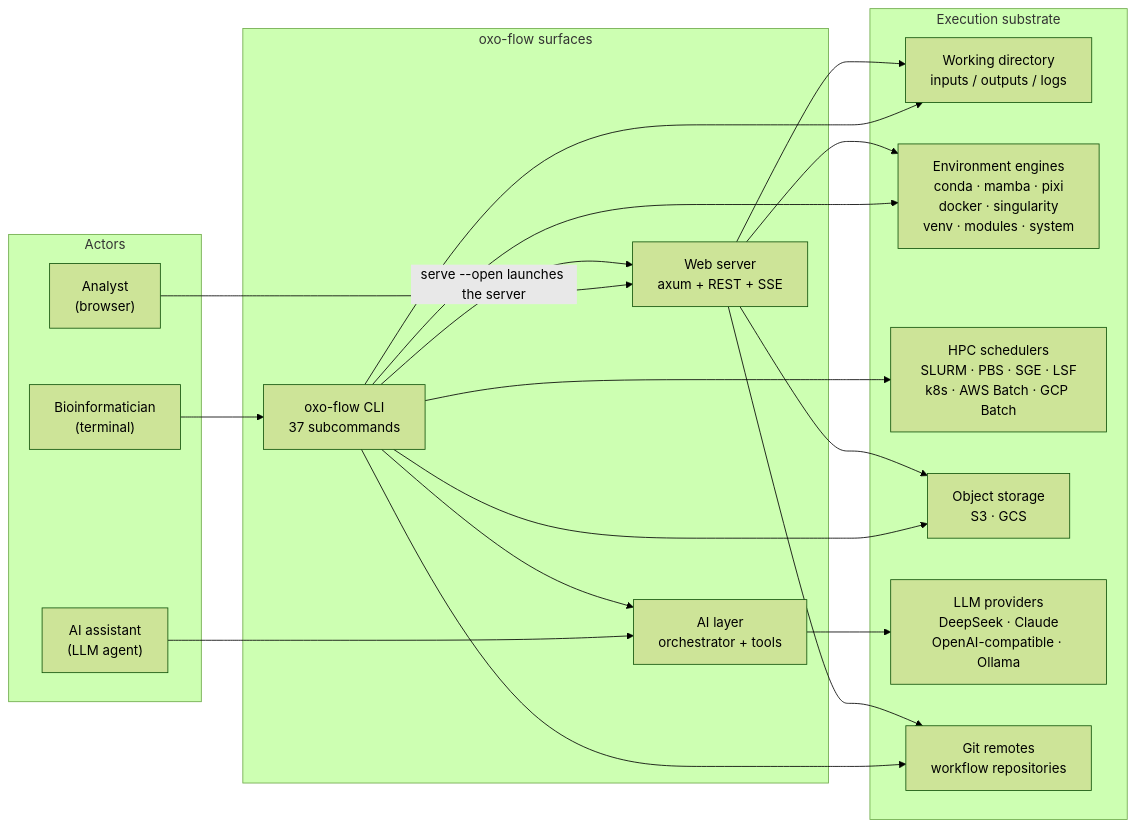
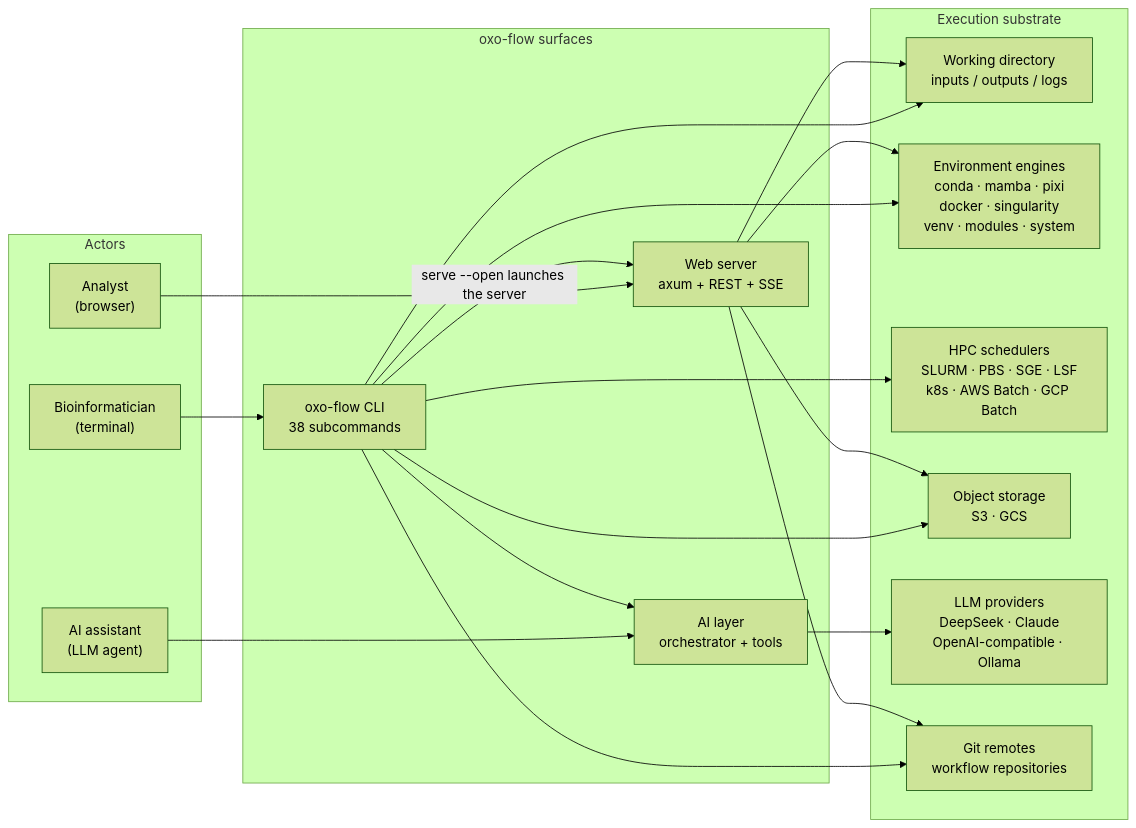
Before and after one commit to Traitome/oxo-flow: the first of 12 diagrams in docs/guide/src/reference/architecture.md, drawn with Mermaid (forest theme). The commit also changed other lines of this file and 16 other files, not shown here.

````diff
--- a/docs/guide/src/reference/architecture.md
+++ b/docs/guide/src/reference/architecture.md
@@ -50,40 +50,40 @@
 ```mermaid
 flowchart LR
     subgraph actors["Actors"]
         bio["Bioinformatician<br/>(terminal)"]
         webuser["Analyst<br/>(browser)"]
         agent["AI assistant<br/>(LLM agent)"]
     end
 
     subgraph surfaces["oxo-flow surfaces"]
-        cli["oxo-flow CLI<br/>37 subcommands"]
+        cli["oxo-flow CLI<br/>38 subcommands"]
         web["Web server<br/>axum + REST + SSE"]
         ai["AI layer<br/>orchestrator + tools"]
     end
 
     subgraph world["Execution substrate"]
         fs["Working directory<br/>inputs / outputs / logs"]
         env["Environment engines<br/>conda · mamba · pixi<br/>docker · singularity<br/>venv · modules · system"]
         hpc["HPC schedulers<br/>SLURM · PBS · SGE · LSF<br/>k8s · AWS Batch · GCP Batch"]
         obj["Object storage<br/>S3 · GCS"]
         llm["LLM providers<br/>DeepSeek · Claude<br/>OpenAI-compatible · Ollama"]
         git["Git remotes<br/>workflow repositories"]
     end
 
     bio --> cli
     webuser --> web
     cli -- "serve --open launches the server" --> web
     agent --> ai
     cli --> ai
 
     cli --> fs
     web --> fs
     cli --> env
     web --> env
     cli --> hpc
     cli --> obj
     web --> obj
     cli --> git
     web --> git
     ai --> llm
 ```
````
